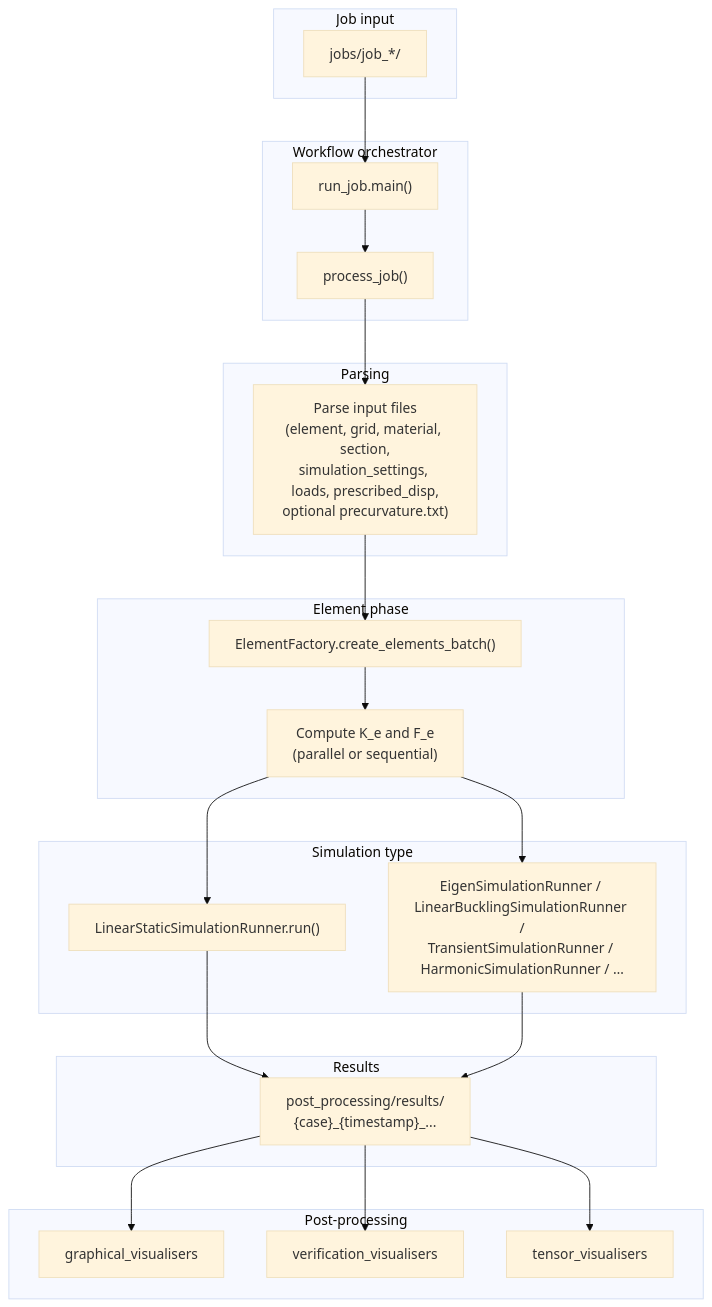
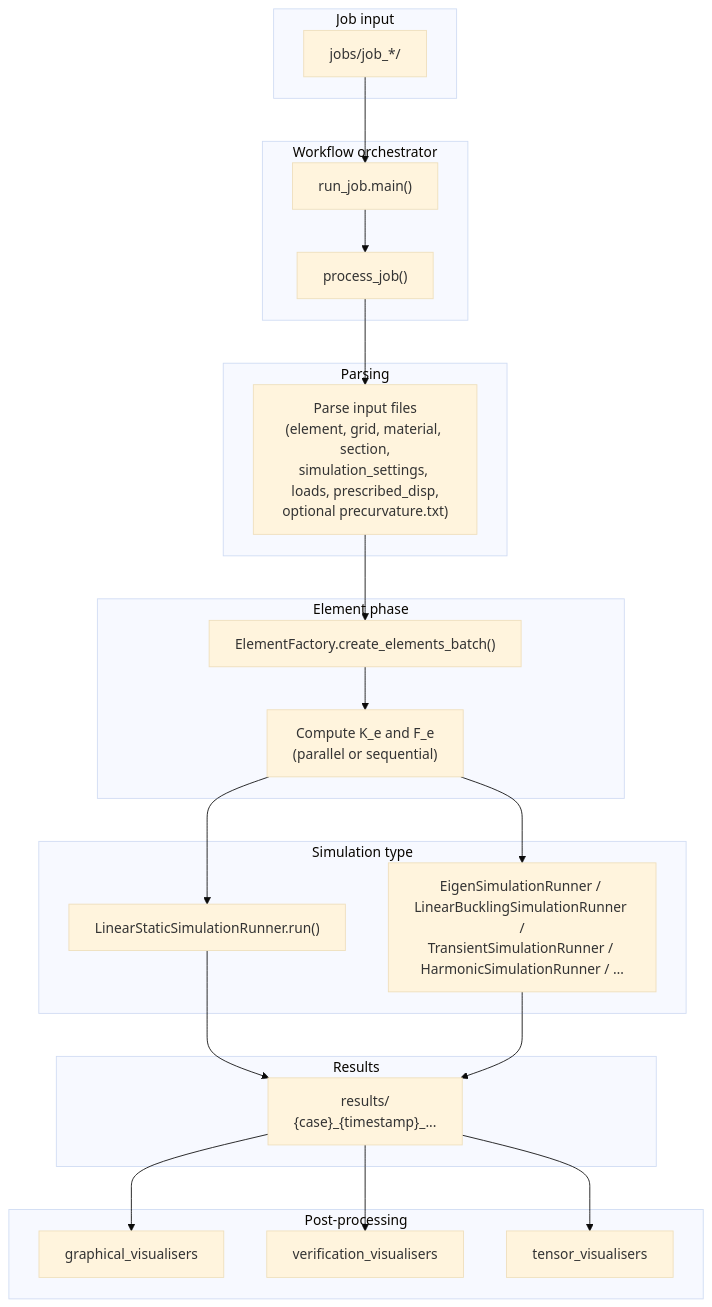
The diagram in docs/diagrams/pipeline_overview.md (samhughes-fea/1d-fem), drawn with Mermaid (base theme) before and after one commit. The commit also changed other lines of this file and 99789 other files, not shown here.

````diff
--- a/docs/diagrams/pipeline_overview.md
+++ b/docs/diagrams/pipeline_overview.md
@@ -5,48 +5,48 @@
 ```mermaid
 flowchart TB
     subgraph jobs [Job input]
         JobDirs["jobs/job_*/"]
     end
 
     subgraph orchestration [Workflow orchestrator]
         Main["run_job.main()"]
         ProcessJob["process_job()"]
     end
 
     subgraph parsing [Parsing]
         Parse["Parse input files\n(element, grid, material, section,\nsimulation_settings, loads, prescribed_disp,\noptional precurvature.txt)"]
     end
 
     subgraph elements [Element phase]
         Factory["ElementFactory.create_elements_batch()"]
         KFe["Compute K_e and F_e\n(parallel or sequential)"]
     end
 
     subgraph runner [Simulation type]
         Static["LinearStaticSimulationRunner.run()"]
         NonModal["EigenSimulationRunner / LinearBucklingSimulationRunner /\nTransientSimulationRunner / HarmonicSimulationRunner / …"]
     end
 
     subgraph results [Results]
-        ResultDir["post_processing/results/\n{case}_{timestamp}_..."]
+        ResultDir["results/\n{case}_{timestamp}_..."]
     end
 
     subgraph post [Post-processing]
         Graphical["graphical_visualisers"]
         Verification["verification_visualisers"]
         Tensor["tensor_visualisers"]
     end
 
     JobDirs --> Main
     Main --> ProcessJob
     ProcessJob --> Parse
     Parse --> Factory
     Factory --> KFe
     KFe --> Static
     KFe --> NonModal
     Static --> ResultDir
     NonModal --> ResultDir
     ResultDir --> Graphical
     ResultDir --> Verification
     ResultDir --> Tensor
 ```
````
